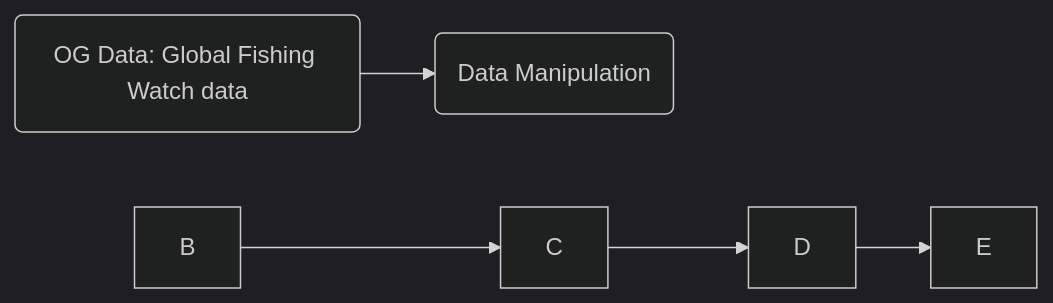
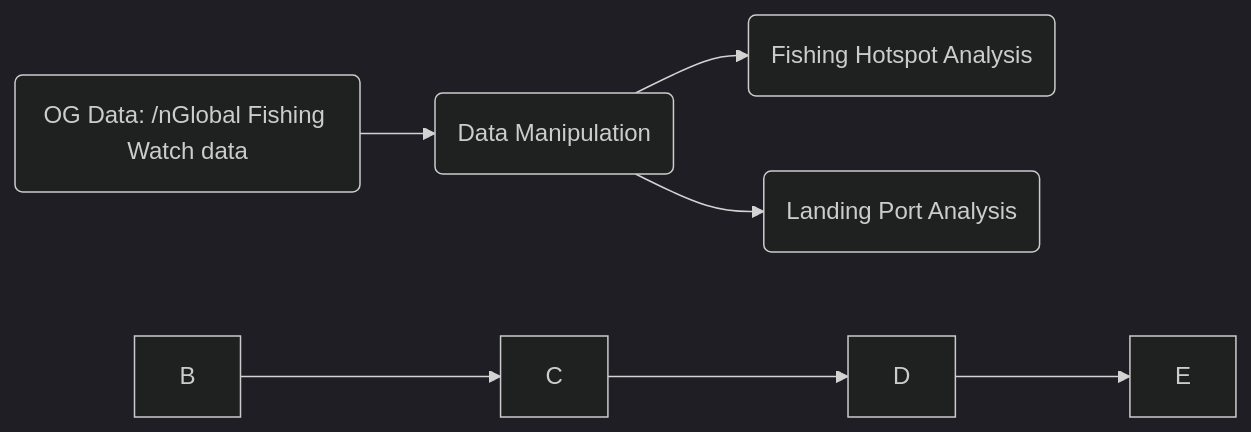
One commit to cake-oh/supply-chain changed the diagram in mermaid_trial.md. Above: the diagram before and after it, drawn with Mermaid (dark theme).

````diff
--- a/mermaid_trial.md
+++ b/mermaid_trial.md
@@ -4,10 +4,12 @@
 ``` mermaid
 flowchart LR 
 
-id1(OG Data: Global Fishing Watch data) --> id2(Data Manipulation)
+id1(OG Data: /nGlobal Fishing Watch data) --> id2(Data Manipulation)
+id2(Data Manipulation) --> id3(Fishing Hotspot Analysis)
+id2(Data Manipulation) --> id4(Landing Port Analysis)
     B-->C
     C-->D
     D-->E
 
 
 ```
````
